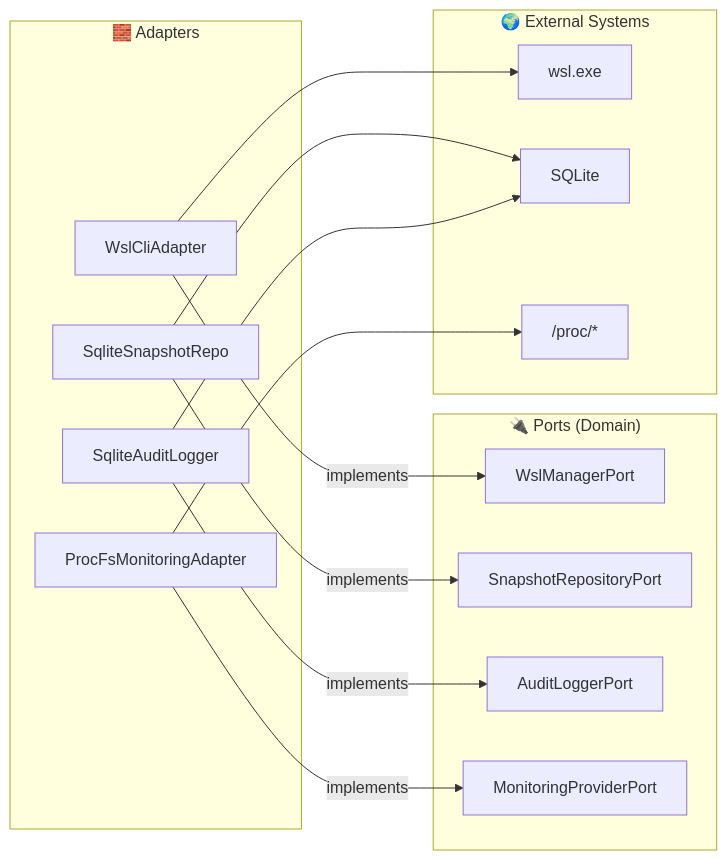
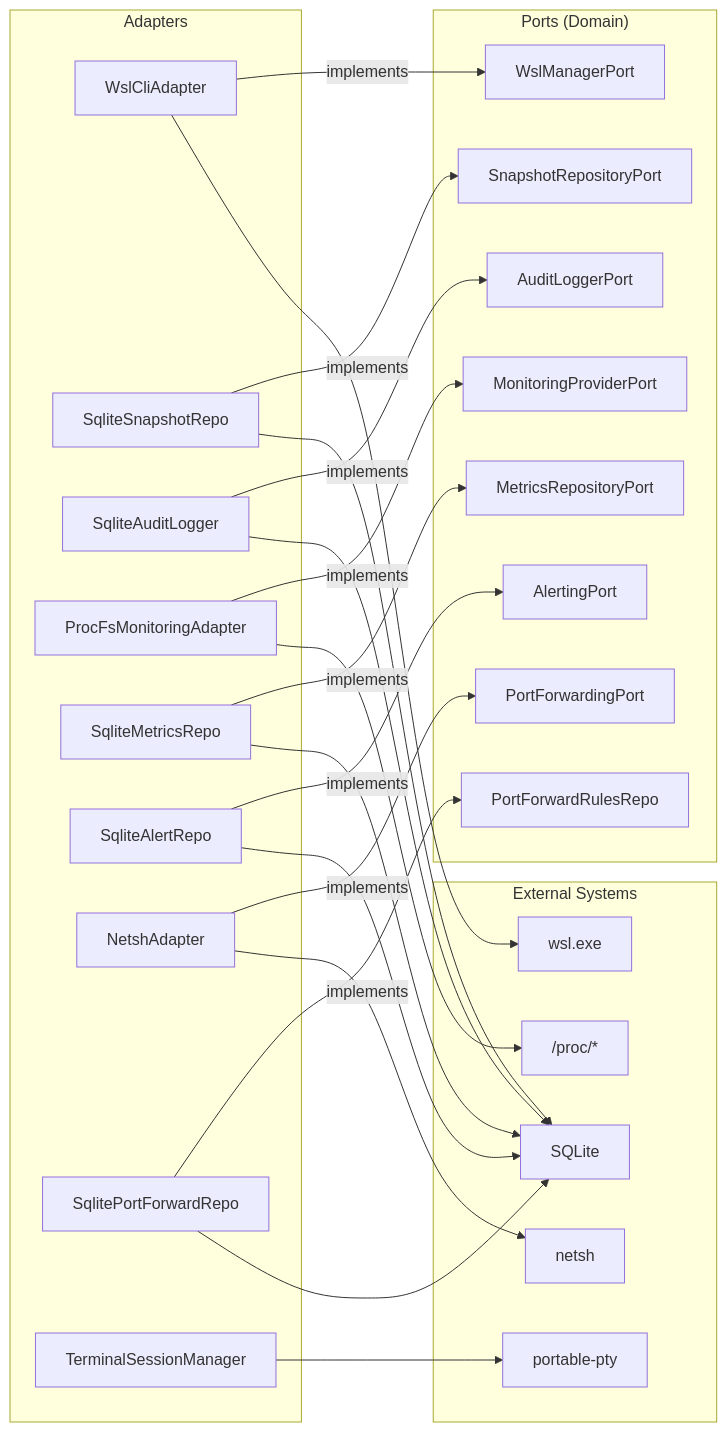
The diagram in src-tauri/src/infrastructure/README.md (muchiny/wsl-dashboard), drawn with Mermaid before and after one commit. The commit also changed other lines of this file and 10 other files, not shown here.

````diff
--- a/src-tauri/src/infrastructure/README.md
+++ b/src-tauri/src/infrastructure/README.md
@@ -11,32 +11,52 @@
 ```mermaid
 graph LR
-    subgraph Adapters["🧱 Adapters"]
+    subgraph Adapters["Adapters"]
         WCA["WslCliAdapter"]
         SSR["SqliteSnapshotRepo"]
         SAL["SqliteAuditLogger"]
         PFA["ProcFsMonitoringAdapter"]
+        SMR["SqliteMetricsRepo"]
+        SAR["SqliteAlertRepo"]
+        NA["NetshAdapter"]
+        SPFR["SqlitePortForwardRepo"]
+        TSM["TerminalSessionManager"]
     end
 
-    subgraph Ports["🔌 Ports (Domain)"]
+    subgraph Ports["Ports (Domain)"]
         WMP["WslManagerPort"]
         SRP["SnapshotRepositoryPort"]
         ALP["AuditLoggerPort"]
         MPP["MonitoringProviderPort"]
+        MRP["MetricsRepositoryPort"]
+        ATP["AlertingPort"]
+        PFP["PortForwardingPort"]
+        PFRP["PortForwardRulesRepo"]
     end
 
-    subgraph External["🌍 External Systems"]
+    subgraph External["External Systems"]
         wsl["wsl.exe"]
         db["SQLite"]
         proc["/proc/*"]
+        netsh["netsh"]
+        pty["portable-pty"]
     end
 
     WCA -->|implements| WMP
     SSR -->|implements| SRP
     SAL -->|implements| ALP
     PFA -->|implements| MPP
+    SMR -->|implements| MRP
+    SAR -->|implements| ATP
+    NA -->|implements| PFP
+    SPFR -->|implements| PFRP
 
     WCA --> wsl
     SSR --> db
     SAL --> db
     PFA --> proc
+    SMR --> db
+    SAR --> db
+    NA --> netsh
+    SPFR --> db
+    TSM --> pty
 ```
````
